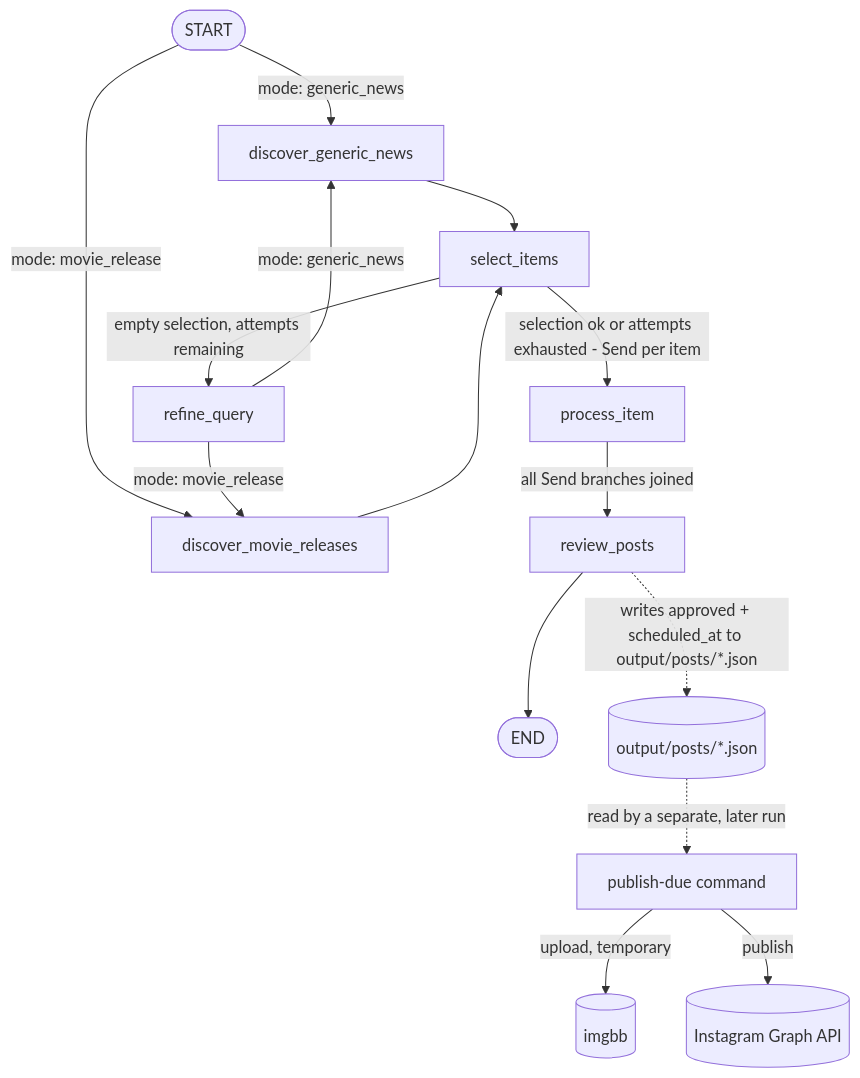
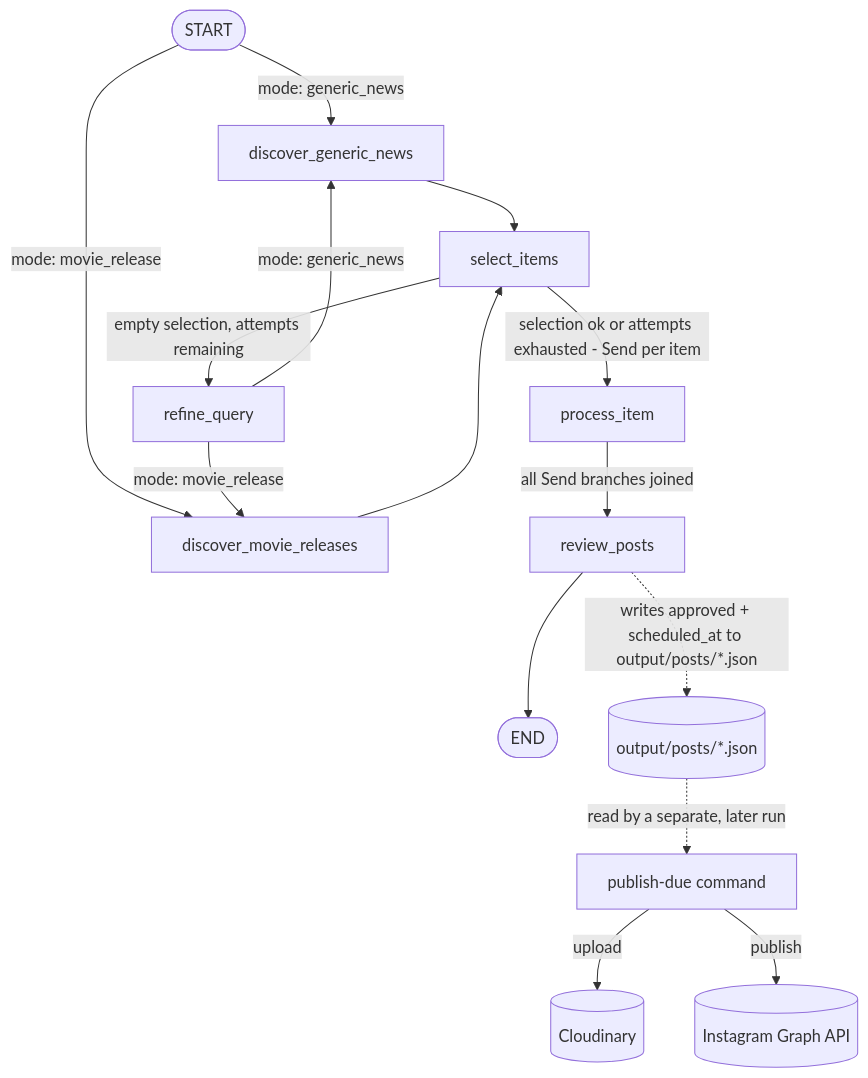
One commit to frrmrc/cinema_social_media_manager_agent changed the diagram in README.md. Above: the diagram before and after it, drawn with Mermaid. The commit also changed other lines of this file and 25 other files, not shown here.

Commit message:
switched from imgbb to cloudinary, improved prompts, tools, publishing on instagram

````diff
--- a/README.md
+++ b/README.md
@@ -16,18 +16,18 @@
 ```mermaid
 flowchart TD
     S([START]) -->|mode: generic_news| DGN[discover_generic_news]
     S -->|mode: movie_release| DMR[discover_movie_releases]
     DGN --> SEL[select_items]
     DMR --> SEL
     SEL -->|empty selection, attempts remaining| REF[refine_query]
     SEL -->|selection ok or attempts exhausted - Send per item| PI[process_item]
     REF -->|mode: generic_news| DGN
     REF -->|mode: movie_release| DMR
     PI -->|all Send branches joined| RP[review_posts]
     RP --> E([END])
 
     RP -.->|writes approved + scheduled_at to output/posts/*.json| DISK[(output/posts/*.json)]
     DISK -.->|read by a separate, later run| PUB[publish-due command]
-    PUB -->|upload, temporary| IMGBB[(imgbb)]
+    PUB -->|upload| CLOUDINARY[(Cloudinary)]
     PUB -->|publish| IG[(Instagram Graph API)]
 ```
````
